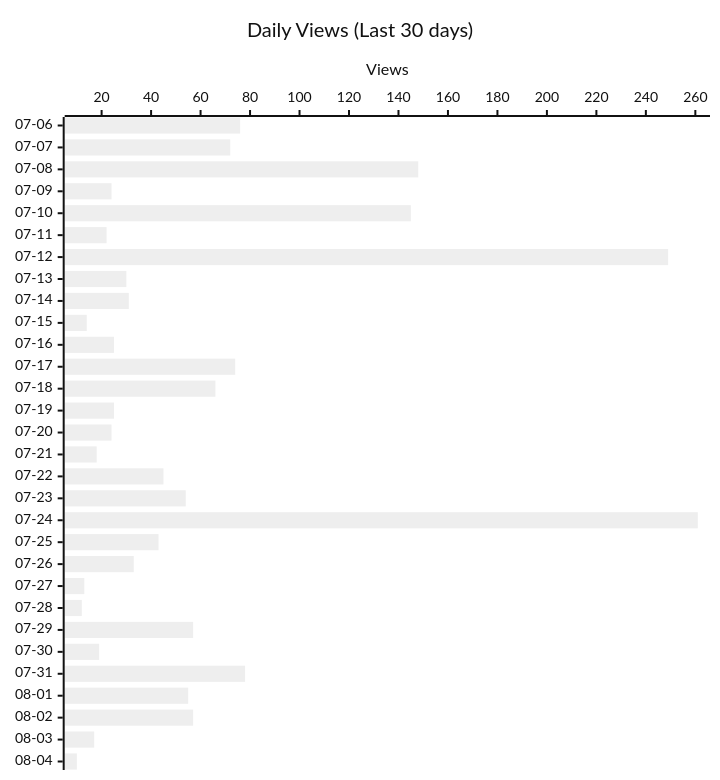
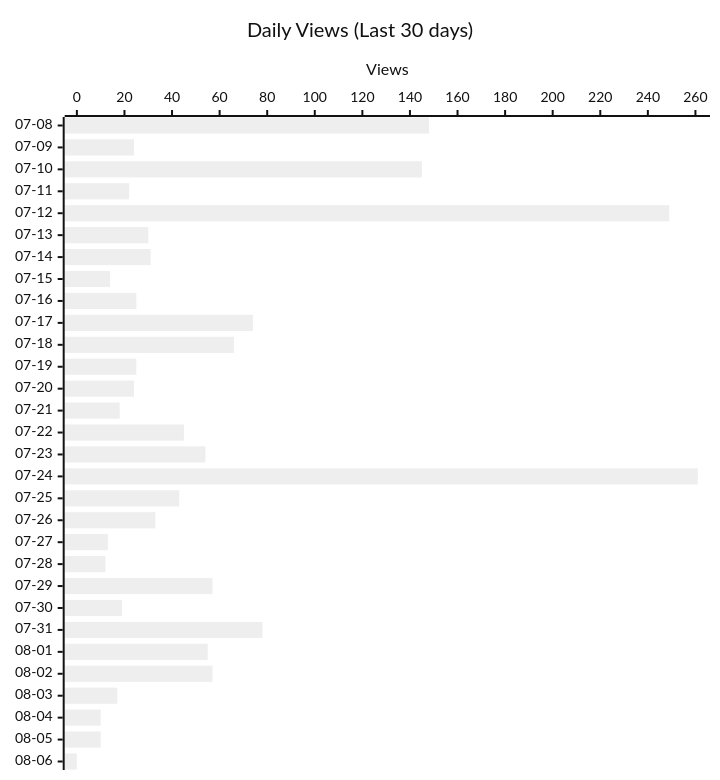
Before and after one commit to shigechika/github-insights: the second of 4 diagrams in README.md, drawn with Mermaid (neutral theme). The commit also changed other lines of this file and 2 other files, not shown here.

````diff
--- a/README.md
+++ b/README.md
@@ -28,12 +28,12 @@
 ```mermaid
 ---
 config:
   xyChart:
     height: 760
 ---
 xychart-beta horizontal
     title "Daily Views (Last 30 days)"
-    x-axis ["07-06", "07-07", "07-08", "07-09", "07-10", "07-11", "07-12", "07-13", "07-14", "07-15", "07-16", "07-17", "07-18", "07-19", "07-20", "07-21", "07-22", "07-23", "07-24", "07-25", "07-26", "07-27", "07-28", "07-29", "07-30", "07-31", "08-01", "08-02", "08-03", "08-04"]
+    x-axis ["07-08", "07-09", "07-10", "07-11", "07-12", "07-13", "07-14", "07-15", "07-16", "07-17", "07-18", "07-19", "07-20", "07-21", "07-22", "07-23", "07-24", "07-25", "07-26", "07-27", "07-28", "07-29", "07-30", "07-31", "08-01", "08-02", "08-03", "08-04", "08-05", "08-06"]
     y-axis "Views"
-    bar [76, 72, 148, 24, 145, 22, 249, 30, 31, 14, 25, 74, 66, 25, 24, 18, 45, 54, 261, 43, 33, 13, 12, 57, 19, 78, 55, 57, 17, 10]
+    bar [148, 24, 145, 22, 249, 30, 31, 14, 25, 74, 66, 25, 24, 18, 45, 54, 261, 43, 33, 13, 12, 57, 19, 78, 55, 57, 17, 10, 10, 0]
 ```
````
